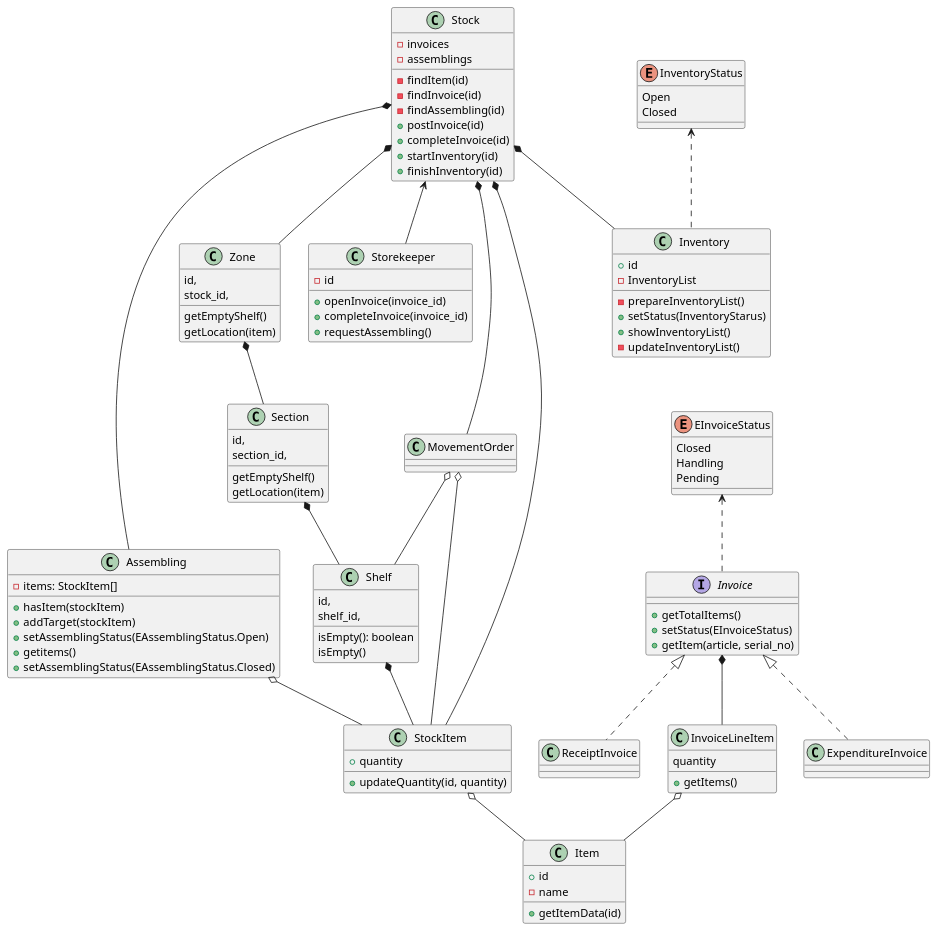
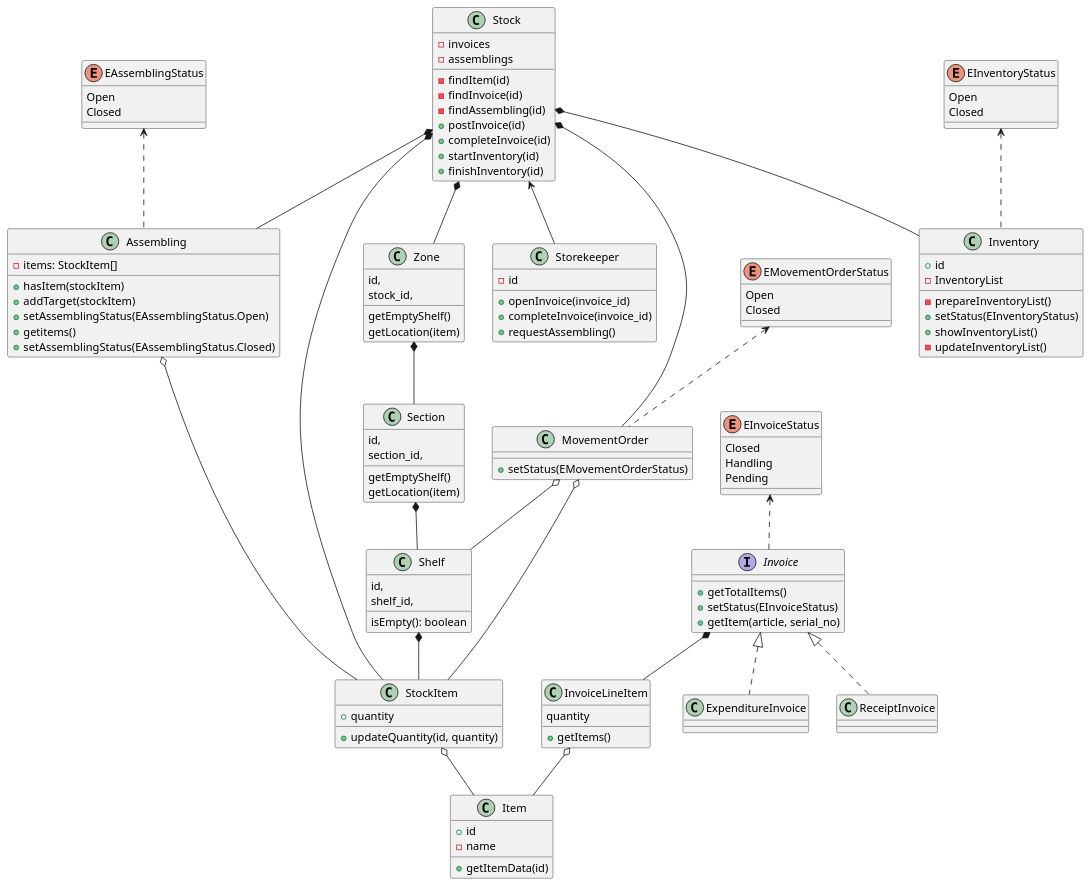
The diagram in warehouse/диаграмма_классов.md (penamarth/bsbo-02-21_team5_var6_sklad), drawn with PlantUML before and after one commit.

Commit message:
Update diagram classes

````diff
--- a/warehouse/диаграмма_классов.md
+++ b/warehouse/диаграмма_классов.md
@@ -14,7 +14,14 @@
   +finishInventory(id)
 }
 
-class MovementOrder {}
+class MovementOrder {
+  +setStatus(EMovementOrderStatus)
+}
+
+enum EMovementOrderStatus {
+  Open
+  Closed
+}
 
 class Item {
   +id
@@ -45,7 +52,6 @@
   id,
   shelf_id,
   isEmpty(): boolean
-  isEmpty()
 }
 
 enum EInvoiceStatus {
@@ -76,6 +82,10 @@
   +requestAssembling()
 }
 
+enum EAssemblingStatus {
+  Open
+  Closed
+}
 class Assembling {
   -items: StockItem[]
   +hasItem(stockItem)
@@ -85,7 +95,7 @@
   +setAssemblingStatus(EAssemblingStatus.Closed)
 }
 
-enum InventoryStatus {
+enum EInventoryStatus {
   Open
   Closed
 }
@@ -94,7 +104,7 @@
   +id
   -InventoryList
   -prepareInventoryList()
-  +setStatus(InventoryStarus)
+  +setStatus(EInventoryStatus)
   +showInventoryList()
   -updateInventoryList()
 }
@@ -117,8 +127,9 @@
 Invoice <|.. ExpenditureInvoice
 Invoice <|.. ReceiptInvoice
 EInvoiceStatus <.. Invoice
-InventoryStatus <.. Inventory
-
+EInventoryStatus <.. Inventory
+EMovementOrderStatus <.. MovementOrder
+EAssemblingStatus <.. Assembling
 @enduml
 
 ```
````
